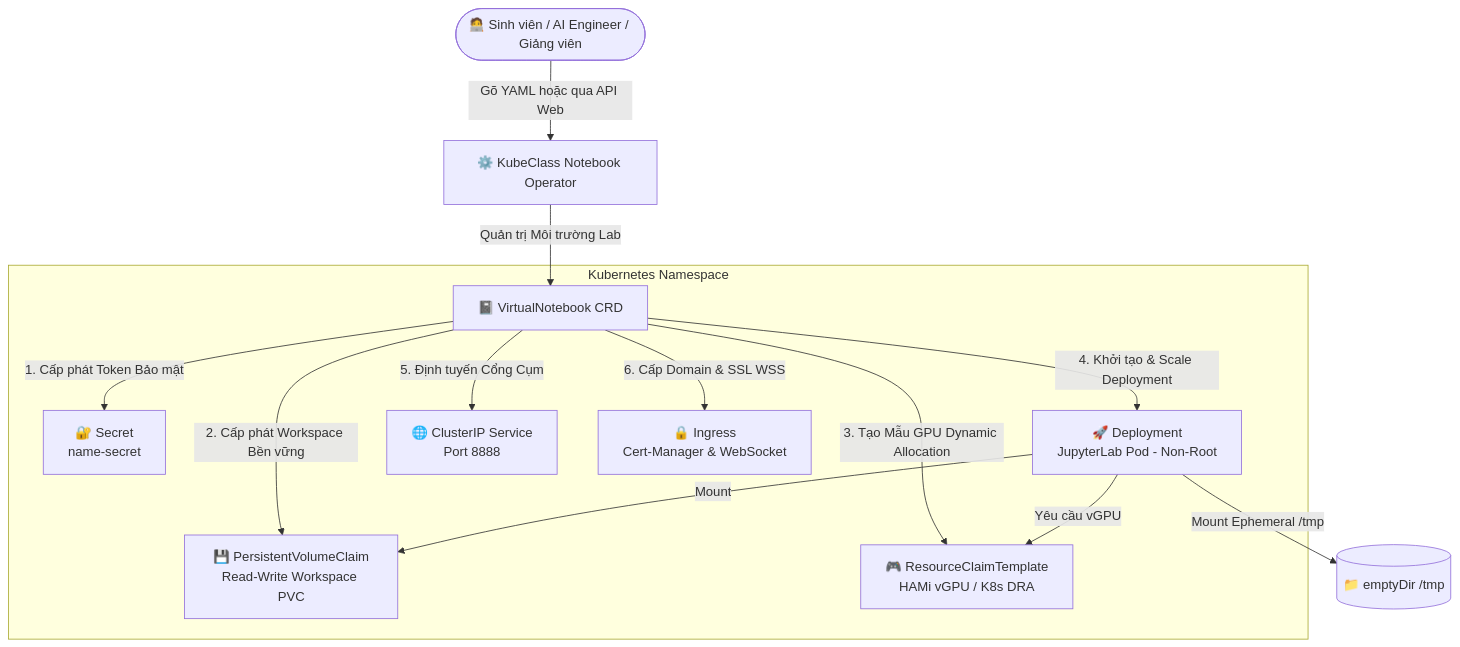
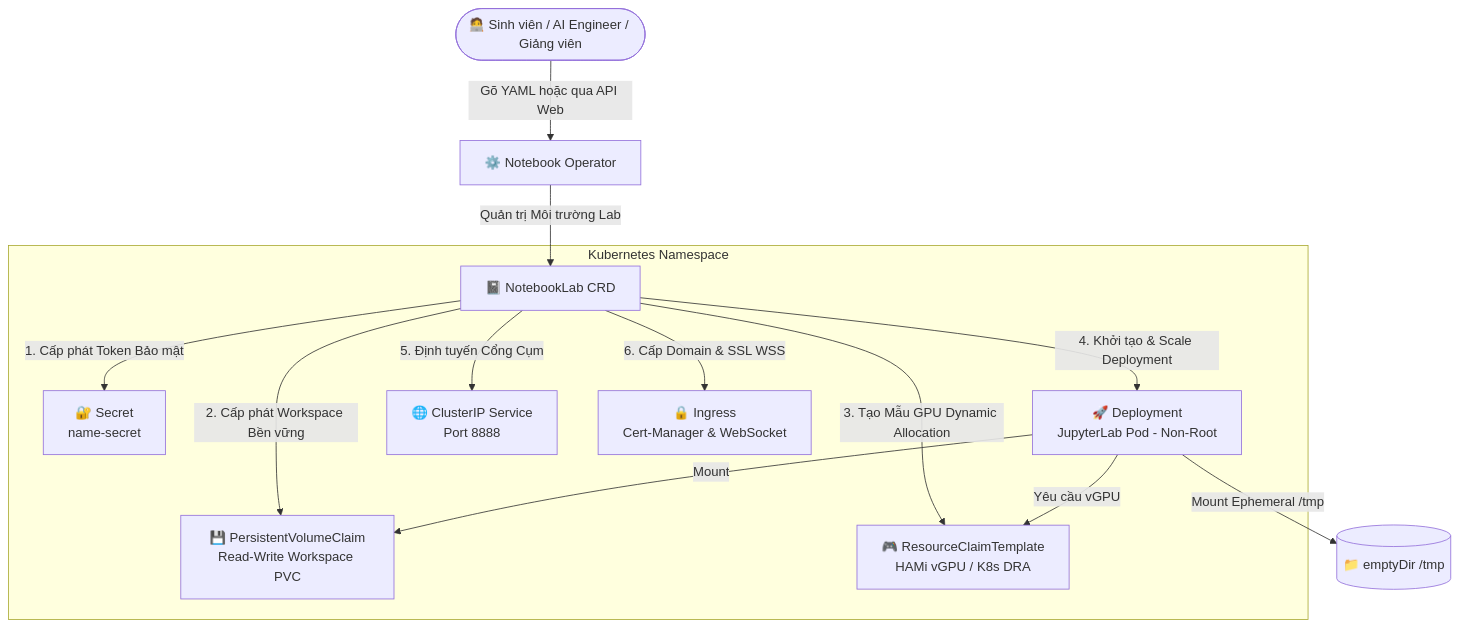
One commit to ngtukien/notebook-operator changed the diagram in README.md. Above: the diagram before and after it, drawn with Mermaid. The commit also changed other lines of this file and 20 other files, not shown here.

Commit message:
refactor: replace VirtualNotebook with NotebookLab CRD and controller implementation

````diff
--- a/README.md
+++ b/README.md
@@ -15,18 +15,18 @@
 ```mermaid
 graph TD
-    User([🧑‍💻 Sinh viên / AI Engineer / Giảng viên]) -->|Gõ YAML hoặc qua API Web| Operator[⚙️ KubeClass Notebook Operator]
-    Operator -->|Quản trị Môi trường Lab| VN[📓 VirtualNotebook CRD]
+    User([🧑‍💻 Sinh viên / AI Engineer / Giảng viên]) -->|Gõ YAML hoặc qua API Web| Operator[⚙️ Notebook Operator]
+    Operator -->|Quản trị Môi trường Lab| NL[📓 NotebookLab CRD]
 
     subgraph "Kubernetes Namespace"
-        VN -->|1. Cấp phát Token Bảo mật| SEC[🔐 Secret<br/>name-secret]
-        VN -->|2. Cấp phát Workspace Bền vững| PVC[💾 PersistentVolumeClaim<br/>Read-Write Workspace PVC]
-        VN -->|3. Tạo Mẫu GPU Dynamic Allocation| RCT[🎮 ResourceClaimTemplate<br/>HAMi vGPU / K8s DRA]
-        VN -->|4. Khởi tạo & Scale Deployment| DEP[🚀 Deployment<br/>JupyterLab Pod - Non-Root]
-        VN -->|5. Định tuyến Cổng Cụm| SVC[🌐 ClusterIP Service<br/>Port 8888]
-        VN -->|6. Cấp Domain & SSL WSS| ING[🔒 Ingress<br/>Cert-Manager & WebSocket]
+        NL -->|1. Cấp phát Token Bảo mật| SEC[🔐 Secret<br/>name-secret]
+        NL -->|2. Cấp phát Workspace Bền vững| PVC[💾 PersistentVolumeClaim<br/>Read-Write Workspace PVC]
+        NL -->|3. Tạo Mẫu GPU Dynamic Allocation| RCT[🎮 ResourceClaimTemplate<br/>HAMi vGPU / K8s DRA]
+        NL -->|4. Khởi tạo & Scale Deployment| DEP[🚀 Deployment<br/>JupyterLab Pod - Non-Root]
+        NL -->|5. Định tuyến Cổng Cụm| SVC[🌐 ClusterIP Service<br/>Port 8888]
+        NL -->|6. Cấp Domain & SSL WSS| ING[🔒 Ingress<br/>Cert-Manager & WebSocket]
     end
 
     DEP -->|Mount| PVC
     DEP -->|Mount Ephemeral /tmp| TMP[(📁 emptyDir /tmp)]
     DEP -->|Yêu cầu vGPU| RCT
 ```
````
